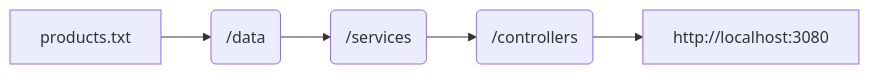
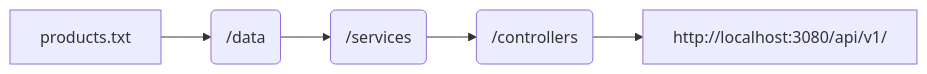
The first of 2 diagrams in steadyReadyGo/README.md (sortizs/WWC-fromHeroToSuperhero), drawn with Mermaid before and after one commit. The commit also changed other lines of this file, not shown here.

Commit message:
SteadyReadyGo: README Adjustment

````diff
--- a/steadyReadyGo/README.md
+++ b/steadyReadyGo/README.md
@@ -27,7 +27,7 @@
 ```mermaid
 graph LR
 A[products.txt] --> B(/data)
 B --> C(/services)
 C --> D(/controllers)
-D --> E[http://localhost:3080]
+D --> E[http://localhost:3080/api/v1/]
 ```
````
